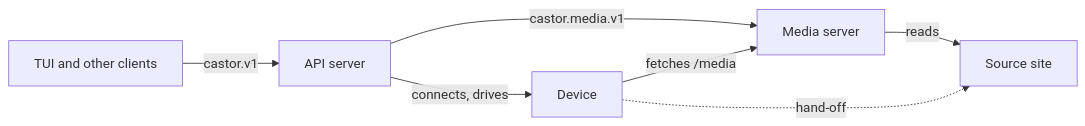
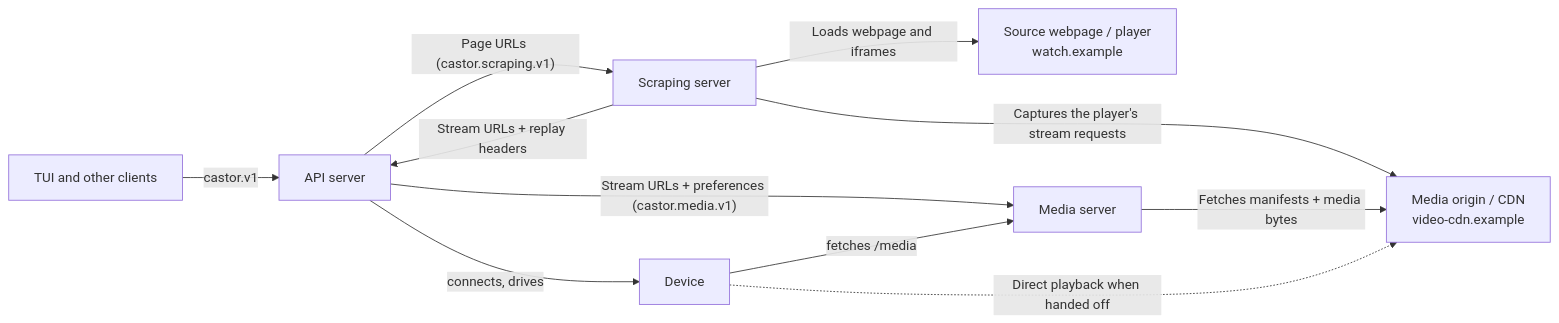
The first of 2 diagrams in ARCHITECTURE.md (DonchoMinkov/castor), drawn with Mermaid before and after one commit. The commit also changed other lines of this file and 44 other files, not shown here.

````diff
--- a/ARCHITECTURE.md
+++ b/ARCHITECTURE.md
@@ -7,9 +7,13 @@
 ```mermaid
 flowchart LR
     ui[TUI and other clients] -- castor.v1 --> api[API server]
-    api -- castor.media.v1 --> media[Media server]
+    api -- "Page URLs (castor.scraping.v1)" --> scraping[Scraping server]
+    scraping -- "Loads webpage and iframes" --> site["Source webpage / player<br/>watch.example"]
+    scraping -- "Captures the player's stream requests" --> cdn["Media origin / CDN<br/>video-cdn.example"]
+    scraping -- "Stream URLs + replay headers" --> api
+    api -- "Stream URLs + preferences (castor.media.v1)" --> media[Media server]
     api -- connects, drives --> device[Device]
-    media -- reads --> origin[Source site]
+    media -- "Fetches manifests + media bytes" --> cdn
     device -- fetches /media --> media
-    device -. hand-off .-> origin
+    device -. "Direct playback when handed off" .-> cdn
 ```
````
